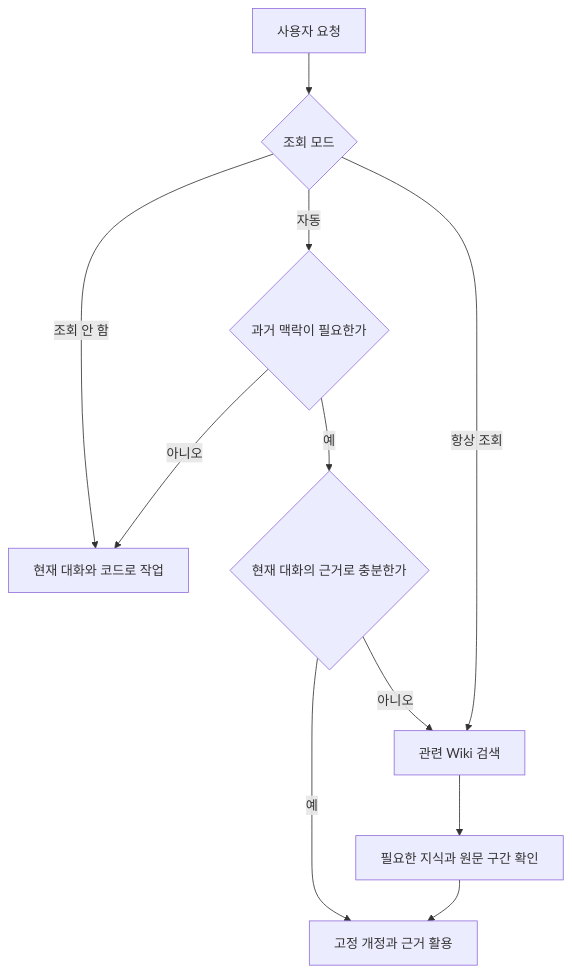
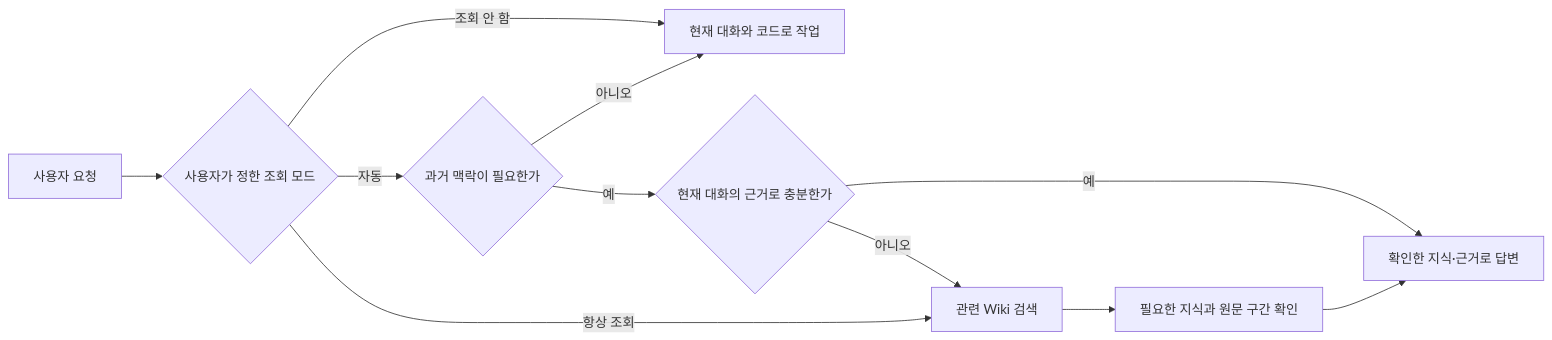
Before and after one commit to agent-observatory/agent-wiki: the diagram in docs/wiki/architecture.md, drawn with Mermaid. The commit also changed other lines of this file and 28 other files, not shown here.

````diff
--- a/docs/wiki/architecture.md
+++ b/docs/wiki/architecture.md
@@ -129,13 +139,13 @@
 ```mermaid
-flowchart TD
-    request[사용자 요청] --> mode{조회 모드}
+flowchart LR
+    request[사용자 요청] --> mode{사용자가 정한 조회 모드}
     mode -->|조회 안 함| local[현재 대화와 코드로 작업]
     mode -->|자동| need{과거 맥락이 필요한가}
     mode -->|항상 조회| lookup[관련 Wiki 검색]
     need -->|아니오| local
     need -->|예| reuse{현재 대화의 근거로 충분한가}
-    reuse -->|예| use[고정 개정과 근거 활용]
+    reuse -->|예| use[확인한 지식·근거로 답변]
     reuse -->|아니오| lookup
     lookup --> detail[필요한 지식과 원문 구간 확인]
     detail --> use
 ```
````
